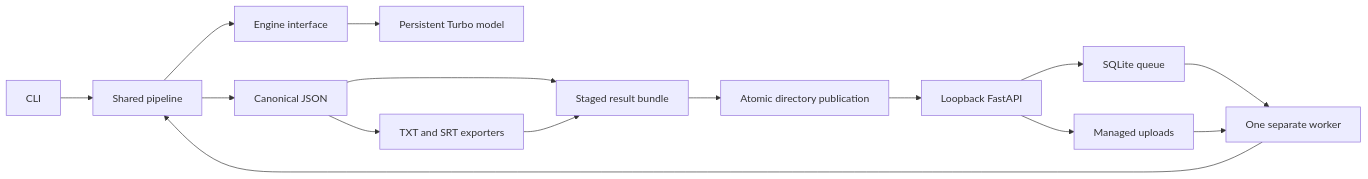
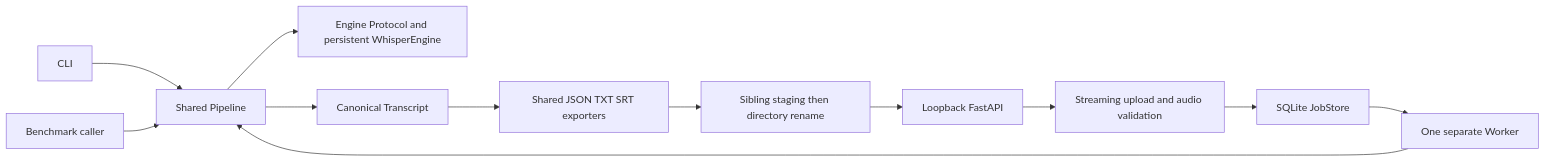
The diagram in .scratch/stt-mvp/architecture.md (ADISAK-PORNCHAROEN/stt-service), drawn with Mermaid before and after one commit. The commit also changed other lines of this file and 39 other files, not shown here.

````diff
--- a/.scratch/stt-mvp/architecture.md
+++ b/.scratch/stt-mvp/architecture.md
@@ -9,17 +9,14 @@
 ```mermaid
 flowchart LR
-    CLI[CLI] --> P[Shared pipeline]
-    HTTP[Loopback FastAPI] --> Q[SQLite queue]
-    HTTP --> U[Managed uploads]
-    Q --> W[One separate worker]
-    U --> W
+    CLI[CLI] --> P[Shared Pipeline]
+    B[Benchmark caller] --> P
+    API[Loopback FastAPI] --> U[Streaming upload and audio validation]
+    U --> Q[SQLite JobStore]
+    Q --> W[One separate Worker]
     W --> P
-    P --> E[Engine interface]
-    E --> M[Persistent Turbo model]
-    P --> J[Canonical JSON]
-    J --> X[TXT and SRT exporters]
-    J --> B[Staged result bundle]
-    X --> B
-    B --> R[Atomic directory publication]
-    R --> HTTP
+    P --> E[Engine Protocol and persistent WhisperEngine]
+    P --> T[Canonical Transcript]
+    T --> X[Shared JSON TXT SRT exporters]
+    X --> S[Sibling staging then directory rename]
+    S --> API
 ```
````
